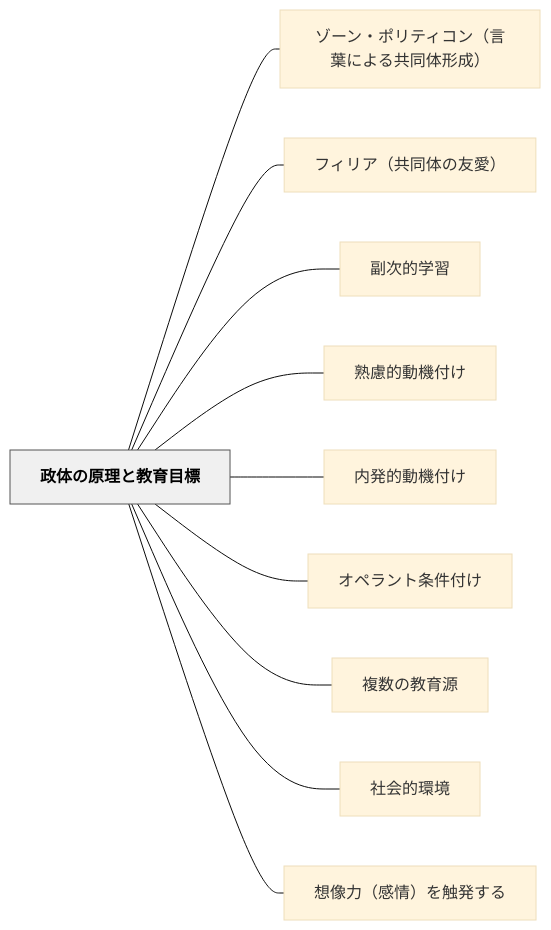
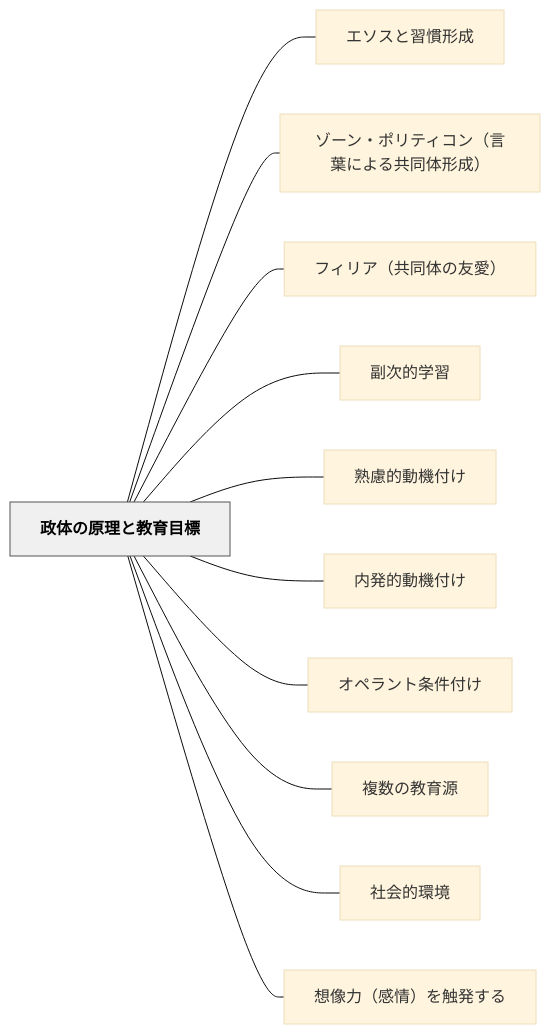
The diagram in content/パタン/政体の原理と教育目標.md (unknownthings-ed-patterns/unknownthings-ed-patterns), drawn with Mermaid (base theme) before and after one commit. The commit also changed other lines of this file and 47 other files, not shown here.

````diff
--- a/content/パタン/政体の原理と教育目標.md
+++ b/content/パタン/政体の原理と教育目標.md
@@ -137,26 +138,28 @@
 ```mermaid
 flowchart LR
     ne694bfe4bd93e381aee58e9fe79086e381a8e69599e882b2e79baee6a899["政体の原理と教育目標"]
+    ne382a8e382bde382b9e381a8e7bf92e685a3e5bda2e68890["エソスと習慣形成"]
     ne382bee383bce383b3e383bbe3839de383aae38386e382a3e382b3e383b3efbc88e8a880e89189e381abe38288e3828be585b1e5908ce4bd93e5bda2e68890efbc89["ゾーン・ポリティコン（言葉による共同体形成）"]
     ne38395e382a3e383aae382a2efbc88e585b1e5908ce4bd93e381aee58f8be6849befbc89["フィリア（共同体の友愛）"]
     ne589afe6aca1e79a84e5ada6e7bf92["副次的学習"]
     ne7869fe685aee79a84e58b95e6a99fe4bb98e38191["熟慮的動機付け"]
     ne58685e799bae79a84e58b95e6a99fe4bb98e38191["内発的動機付け"]
     ne382aae3839ae383a9e383b3e38388e69da1e4bbb6e4bb98e38191["オペラント条件付け"]
     ne8a487e695b0e381aee69599e882b2e6ba90["複数の教育源"]
     ne7a4bee4bc9ae79a84e792b0e5a283["社会的環境"]
     ne683b3e5838fe58a9befbc88e6849fe68385efbc89e38292e8a7a6e799bae38199e3828b["想像力（感情）を触発する"]
 
+    ne694bfe4bd93e381aee58e9fe79086e381a8e69599e882b2e79baee6a899 --- ne382a8e382bde382b9e381a8e7bf92e685a3e5bda2e68890
     ne694bfe4bd93e381aee58e9fe79086e381a8e69599e882b2e79baee6a899 --- ne382bee383bce383b3e383bbe3839de383aae38386e382a3e382b3e383b3efbc88e8a880e89189e381abe38288e3828be585b1e5908ce4bd93e5bda2e68890efbc89
     ne694bfe4bd93e381aee58e9fe79086e381a8e69599e882b2e79baee6a899 --- ne38395e382a3e383aae382a2efbc88e585b1e5908ce4bd93e381aee58f8be6849befbc89
     ne694bfe4bd93e381aee58e9fe79086e381a8e69599e882b2e79baee6a899 --- ne589afe6aca1e79a84e5ada6e7bf92
     ne694bfe4bd93e381aee58e9fe79086e381a8e69599e882b2e79baee6a899 --- ne7869fe685aee79a84e58b95e6a99fe4bb98e38191
     ne694bfe4bd93e381aee58e9fe79086e381a8e69599e882b2e79baee6a899 --- ne58685e799bae79a84e58b95e6a99fe4bb98e38191
     ne694bfe4bd93e381aee58e9fe79086e381a8e69599e882b2e79baee6a899 --- ne382aae3839ae383a9e383b3e38388e69da1e4bbb6e4bb98e38191
     ne694bfe4bd93e381aee58e9fe79086e381a8e69599e882b2e79baee6a899 --- ne8a487e695b0e381aee69599e882b2e6ba90
     ne694bfe4bd93e381aee58e9fe79086e381a8e69599e882b2e79baee6a899 --- ne7a4bee4bc9ae79a84e792b0e5a283
     ne694bfe4bd93e381aee58e9fe79086e381a8e69599e882b2e79baee6a899 --- ne683b3e5838fe58a9befbc88e6849fe68385efbc89e38292e8a7a6e799bae38199e3828b
 
     classDef hub fill:#f0f0f0,stroke:#555,color:#000,font-weight:bold
     class ne694bfe4bd93e381aee58e9fe79086e381a8e69599e882b2e79baee6a899 hub
 ```
````
